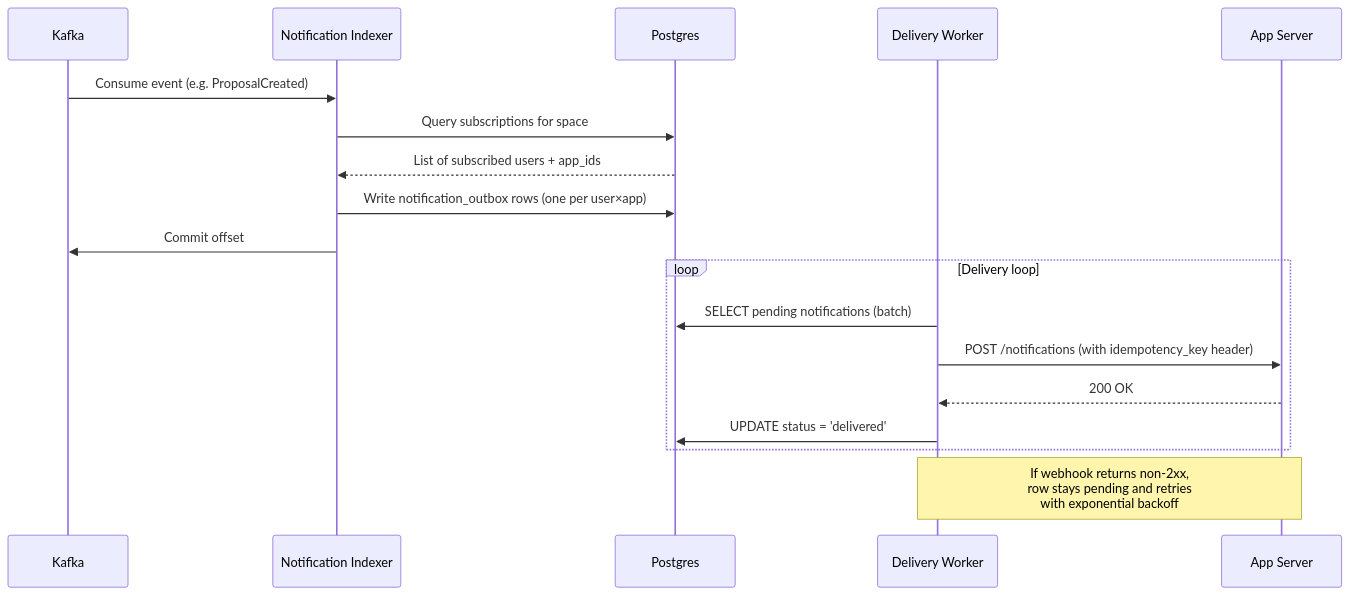
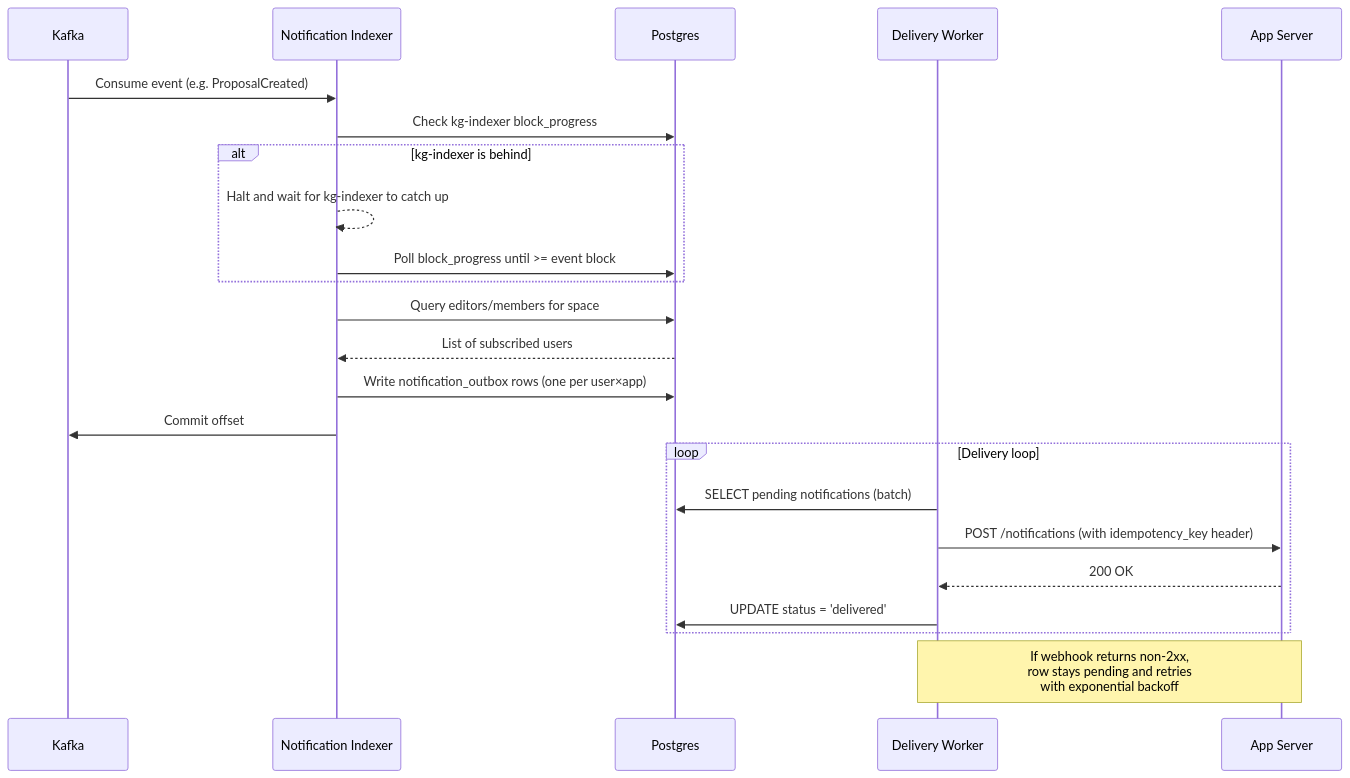
The second of 6 diagrams in docs/rfcs/0004-notification-service.md (geobrowser/gaia), drawn with Mermaid before and after one commit. The commit also changed other lines of this file, not shown here.

First line of the commit message:
docs: add kg-indexer consistency strategy and refine notification RFC

````diff
--- a/docs/rfcs/0004-notification-service.md
+++ b/docs/rfcs/0004-notification-service.md
@@ -90,23 +99,28 @@
 ```mermaid
 sequenceDiagram
     participant K as Kafka
     participant NI as Notification Indexer
     participant DB as Postgres
     participant DW as Delivery Worker
     participant App as App Server
 
     K->>NI: Consume event (e.g. ProposalCreated)
-    NI->>DB: Query subscriptions for space
-    DB-->>NI: List of subscribed users + app_ids
+    NI->>DB: Check kg-indexer block_progress
+    alt kg-indexer is behind
+        NI-->>NI: Halt and wait for kg-indexer to catch up
+        NI->>DB: Poll block_progress until >= event block
+    end
+    NI->>DB: Query editors/members for space
+    DB-->>NI: List of subscribed users
     NI->>DB: Write notification_outbox rows (one per user×app)
     NI->>K: Commit offset
 
     loop Delivery loop
         DW->>DB: SELECT pending notifications (batch)
         DW->>App: POST /notifications (with idempotency_key header)
         App-->>DW: 200 OK
         DW->>DB: UPDATE status = 'delivered'
     end
 
     Note over DW,App: If webhook returns non-2xx,<br/>row stays pending and retries<br/>with exponential backoff
 ```
````
